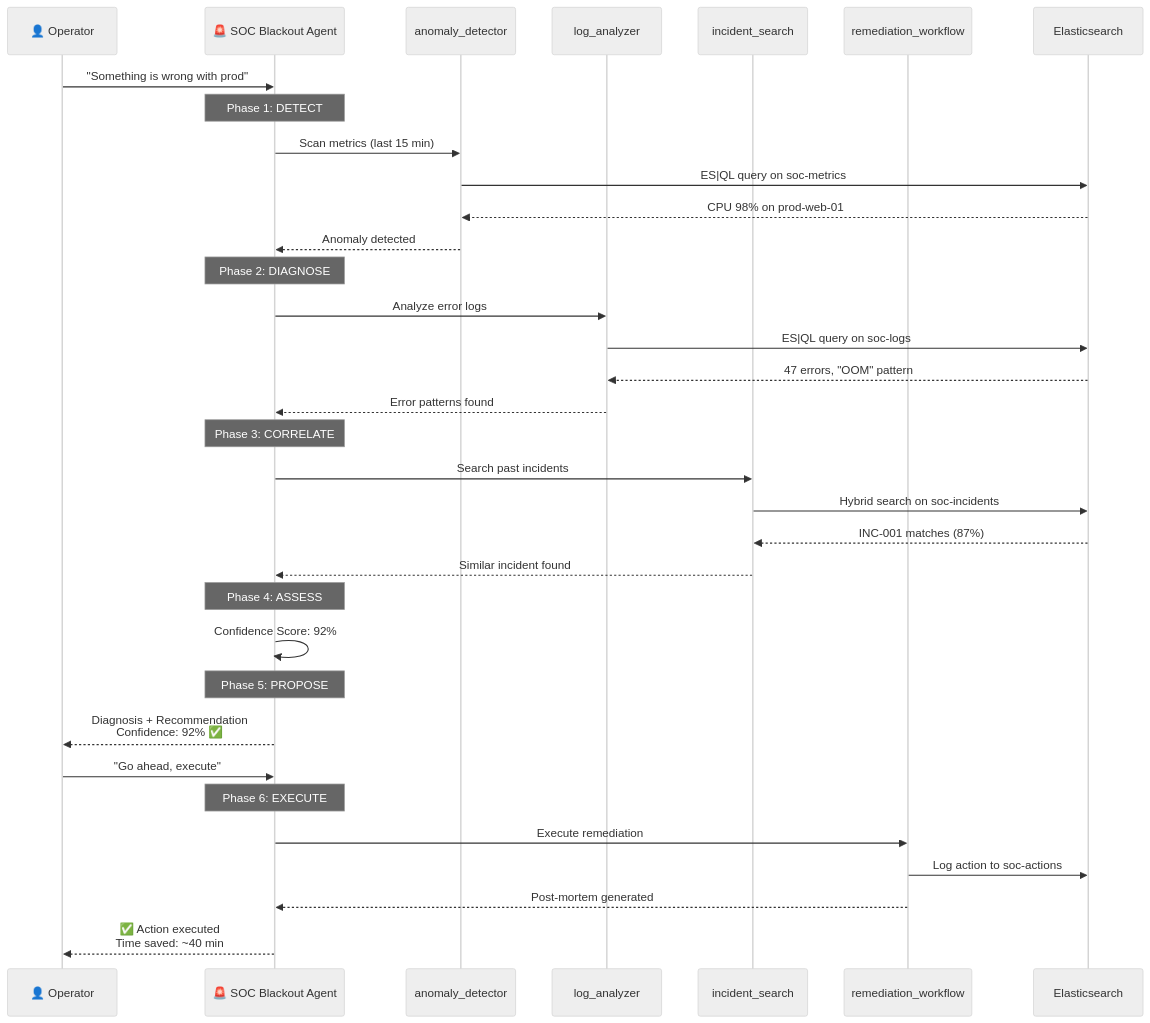
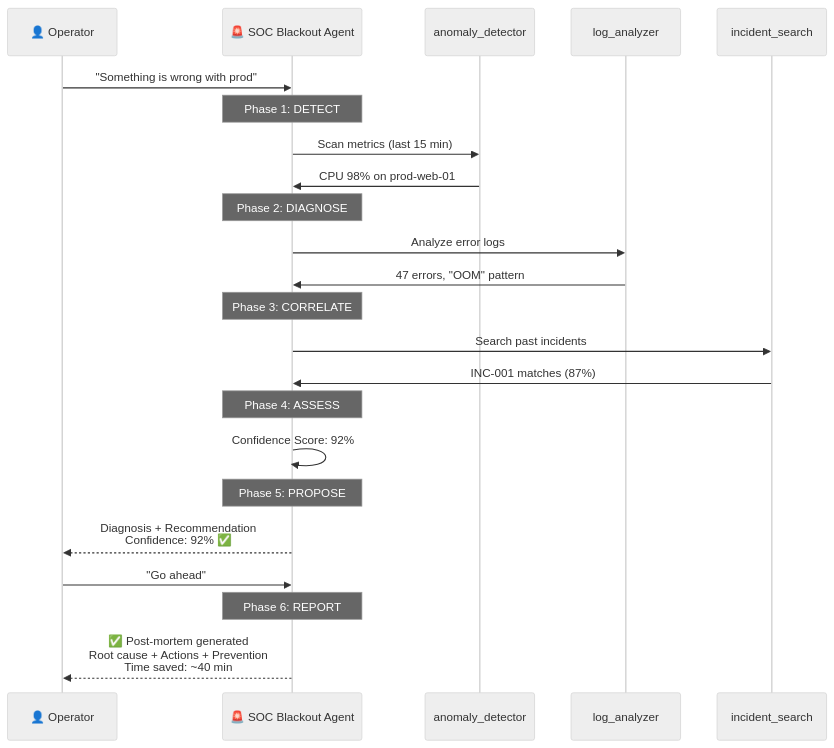
The second of 2 diagrams in docs/architecture.md (Elbrak17/soc-blackout), drawn with Mermaid (neutral theme) before and after one commit. The commit also changed other lines of this file and 5 other files, not shown here.

First line of the commit message:
refactor: remove remediation_workflow — agent handles post-mortem inline

````diff
--- a/docs/architecture.md
+++ b/docs/architecture.md
@@ -57,43 +52,32 @@
 ```mermaid
 sequenceDiagram
     participant O as 👤 Operator
     participant A as 🚨 SOC Blackout Agent
     participant AD as anomaly_detector
     participant LA as log_analyzer
     participant IS as incident_search
-    participant RW as remediation_workflow
-    participant ES as Elasticsearch
 
     O->>A: "Something is wrong with prod"
     Note over A: Phase 1: DETECT
     A->>AD: Scan metrics (last 15 min)
-    AD->>ES: ES|QL query on soc-metrics
-    ES-->>AD: CPU 98% on prod-web-01
-    AD-->>A: Anomaly detected
+    AD->>A: CPU 98% on prod-web-01
 
     Note over A: Phase 2: DIAGNOSE
     A->>LA: Analyze error logs
-    LA->>ES: ES|QL query on soc-logs
-    ES-->>LA: 47 errors, "OOM" pattern
-    LA-->>A: Error patterns found
+    LA->>A: 47 errors, "OOM" pattern
 
     Note over A: Phase 3: CORRELATE
     A->>IS: Search past incidents
-    IS->>ES: Hybrid search on soc-incidents
-    ES-->>IS: INC-001 matches (87%)
-    IS-->>A: Similar incident found
+    IS->>A: INC-001 matches (87%)
 
     Note over A: Phase 4: ASSESS
     A->>A: Confidence Score: 92%
 
     Note over A: Phase 5: PROPOSE
     A-->>O: Diagnosis + Recommendation<br/>Confidence: 92% ✅
 
-    O->>A: "Go ahead, execute"
+    O->>A: "Go ahead"
 
-    Note over A: Phase 6: EXECUTE
-    A->>RW: Execute remediation
-    RW->>ES: Log action to soc-actions
-    RW-->>A: Post-mortem generated
-    A-->>O: ✅ Action executed<br/>Time saved: ~40 min
+    Note over A: Phase 6: REPORT
+    A-->>O: ✅ Post-mortem generated<br/>Root cause + Actions + Prevention<br/>Time saved: ~40 min
 ```
````
